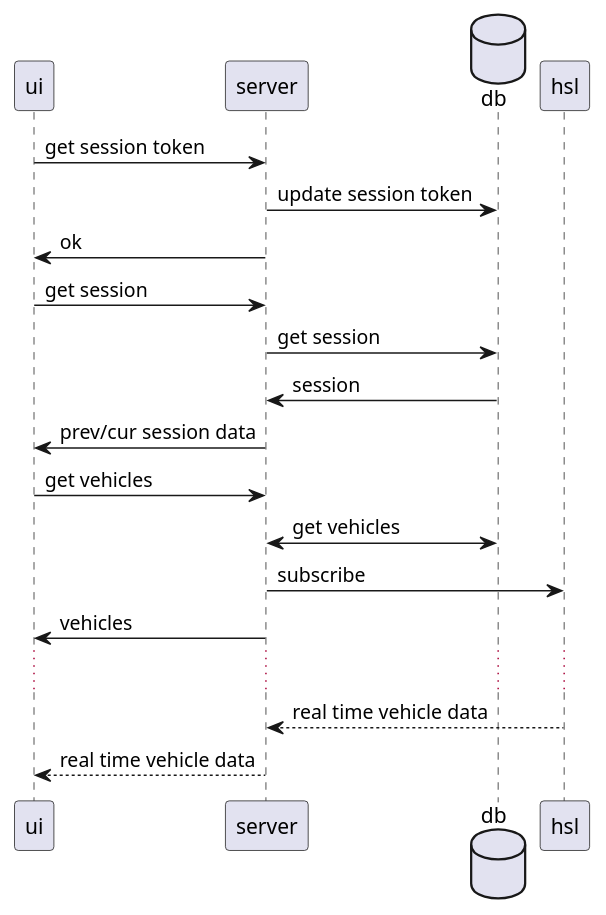
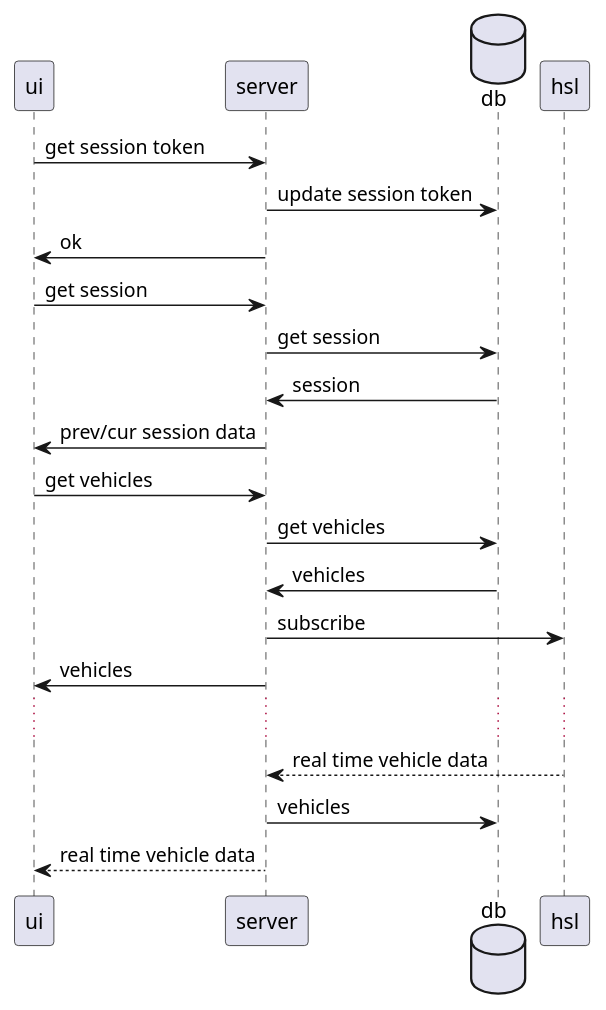
Before and after one commit to henrikyt/hsl: the second of 2 diagrams in README.md, drawn with PlantUML. The commit also changed other lines of this file and 2 other files, not shown here.

````diff
--- a/README.md
+++ b/README.md
@@ -37,21 +37,23 @@
 ```plantuml
 participant ui
 participant server
 database db
 participant hsl
 
 ui->server : get session token
 db<-server : update session token
 ui<-server : ok
 ui->server : get session
 db<-server : get session
 db->server : session
 ui<-server : prev/cur session data
 ui->server : get vehicles
-db<->server : get vehicles
+db<-server : get vehicles
+db->server : vehicles
 hsl<-server : subscribe
 ui<-server : vehicles
 ...
 hsl-->server : real time vehicle data
+db<-server : vehicles
 ui<--server : real time vehicle data
 ```
````
